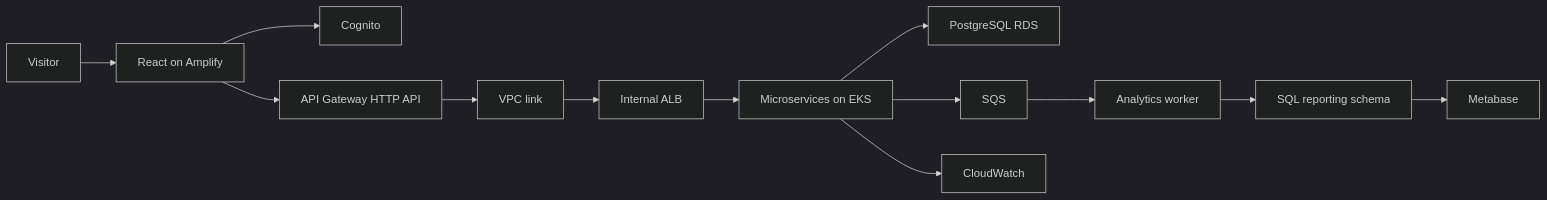
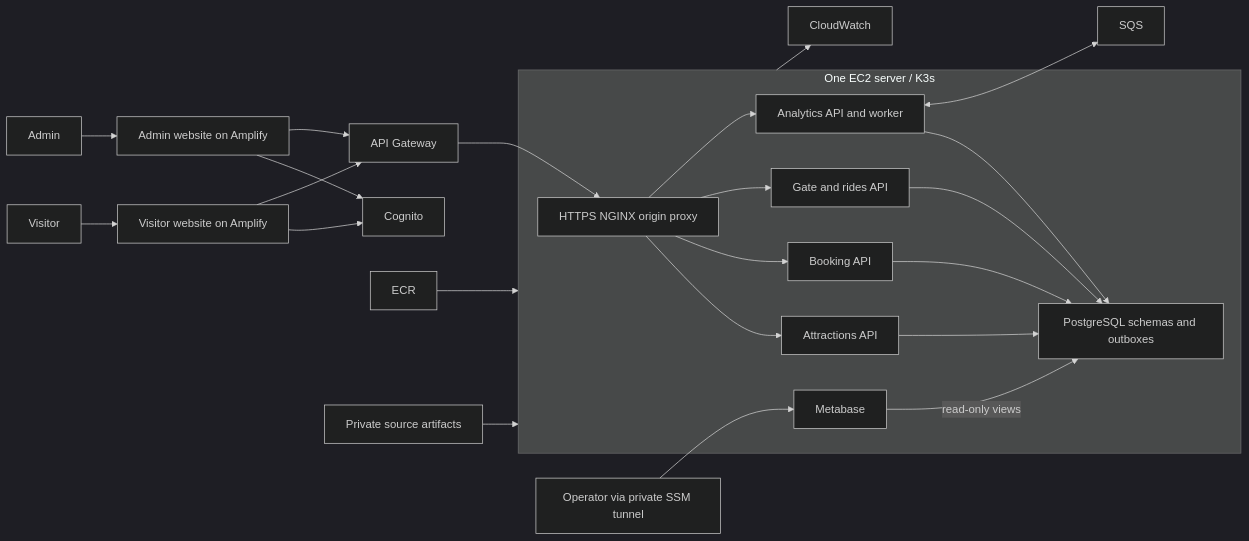
One commit to saditha93/wonderland changed the diagram in docs/diagrams/system.mmd. Above: the diagram before and after it, drawn with Mermaid (dark theme). The commit also changed 62 other files, not shown here.

Commit message:
Complete local MVP documentation, introduce advanced architecture diagrams, add Prettier for consistent formatting, and refactor React components for improved clarity and maintainability.

```diff
--- a/docs/diagrams/system.mmd
+++ b/docs/diagrams/system.mmd
@@ -1,14 +1,25 @@
-%% Proposed architecture; not deployed in Phase 1
+%% Selected single-server AWS demonstration; optional EKS/RDS diagram is under advanced/.
 flowchart LR
- Visitor --> Amplify[React on Amplify]
- Amplify --> Cognito
- Amplify --> Gateway[API Gateway HTTP API]
- Gateway --> Link[VPC link]
- Link --> ALB[Internal ALB]
- ALB --> EKS[Microservices on EKS]
- EKS --> RDS[PostgreSQL RDS]
- EKS --> SQS
- SQS --> Worker[Analytics worker]
- Worker --> Reporting[SQL reporting schema]
- Reporting --> Metabase
- EKS --> CloudWatch
+    Visitor --> VisitorSite[Visitor website on Amplify]
+    Admin --> AdminSite[Admin website on Amplify]
+    VisitorSite --> Cognito
+    AdminSite --> Cognito
+    VisitorSite --> Gateway[API Gateway]
+    AdminSite --> Gateway
+    Gateway --> Proxy[HTTPS NGINX origin proxy]
+    subgraph Server[One EC2 server / K3s]
+        Proxy --> Catalog[Attractions API]
+        Proxy --> Booking[Booking API]
+        Proxy --> Gate[Gate and rides API]
+        Proxy --> Analytics[Analytics API and worker]
+        Catalog --> PostgreSQL[PostgreSQL schemas and outboxes]
+        Booking --> PostgreSQL
+        Gate --> PostgreSQL
+        Analytics --> PostgreSQL
+        Metabase -->|read-only views| PostgreSQL
+    end
+    Analytics <--> SQS
+    Server --> CloudWatch
+    ECR --> Server
+    S3[Private source artifacts] --> Server
+    Operator[Operator via private SSM tunnel] --> Metabase
```
